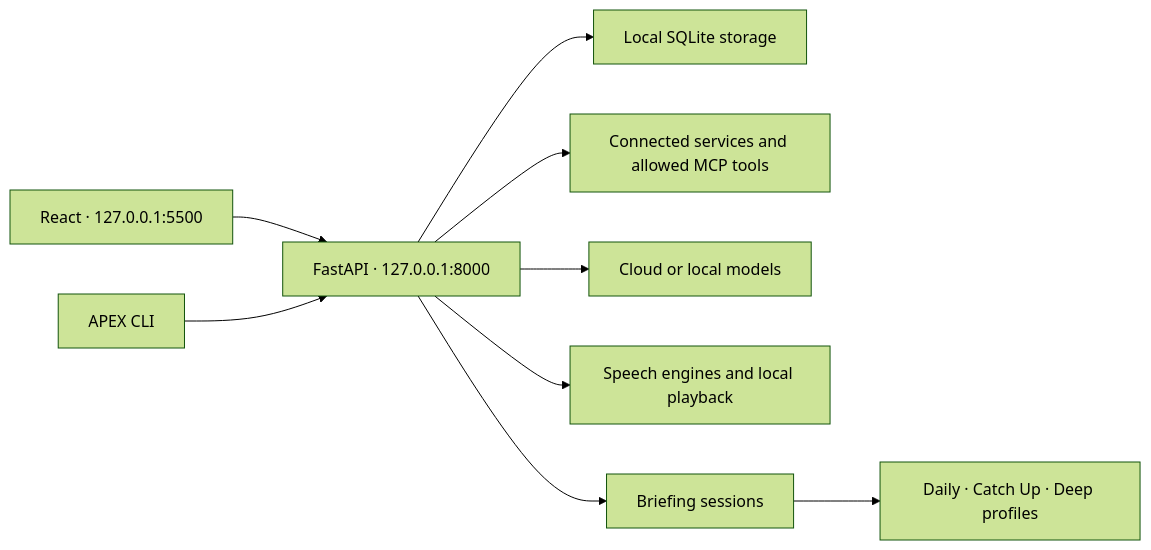
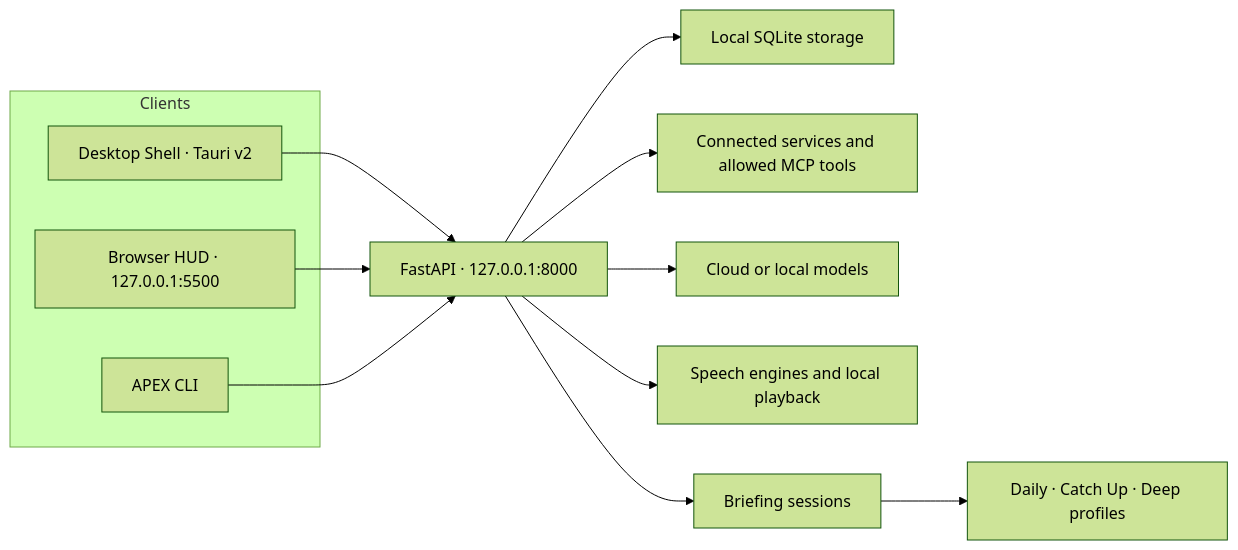
One commit to edumarcano/APEX changed the diagram in README.md. Above: the diagram before and after it, drawn with Mermaid (forest theme). The commit also changed other lines of this file and 4 other files, not shown here.

First line of the commit message:
docs(release): reconcile v2.1.0 changelog and reframe roadmap (#598)

````diff
--- a/README.md
+++ b/README.md
@@ -136,11 +148,17 @@
 ```mermaid
 flowchart LR
-    UI["React · 127.0.0.1:5500"] --> API["FastAPI · 127.0.0.1:8000"]
-    CLI["APEX CLI"] --> API
+    subgraph Clients["Clients"]
+        Desk["Desktop Shell · Tauri v2"]
+        UI["Browser HUD · 127.0.0.1:5500"]
+        CLI["APEX CLI"]
+    end
+    Desk --> API["FastAPI · 127.0.0.1:8000"]
+    UI --> API
+    CLI --> API
     API --> DB["Local SQLite storage"]
     API --> C["Connected services and allowed MCP tools"]
     API --> P["Cloud or local models"]
     API --> V["Speech engines and local playback"]
     API --> B["Briefing sessions"]
     B --> M["Daily · Catch Up · Deep profiles"]
 ```
````
